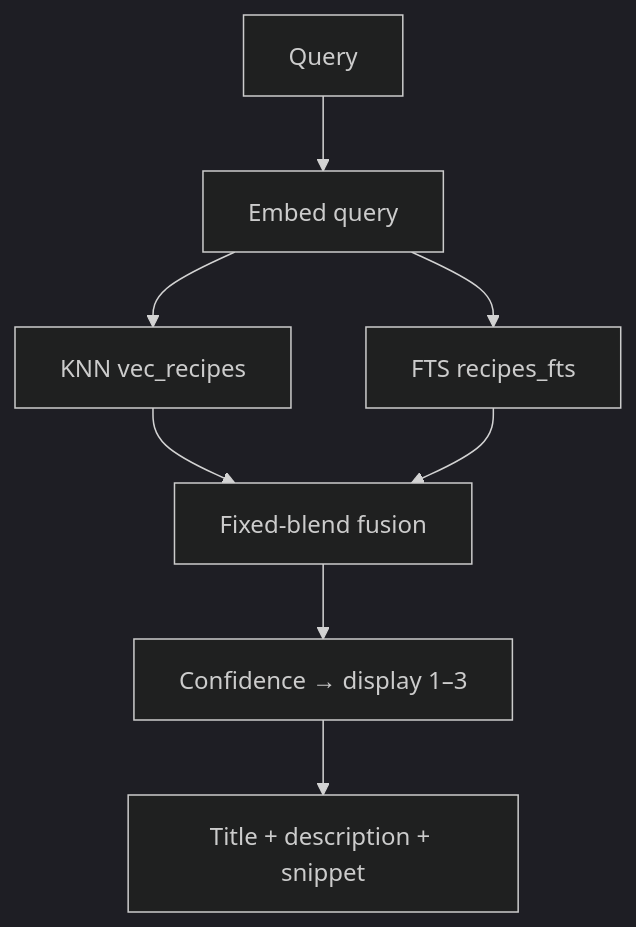
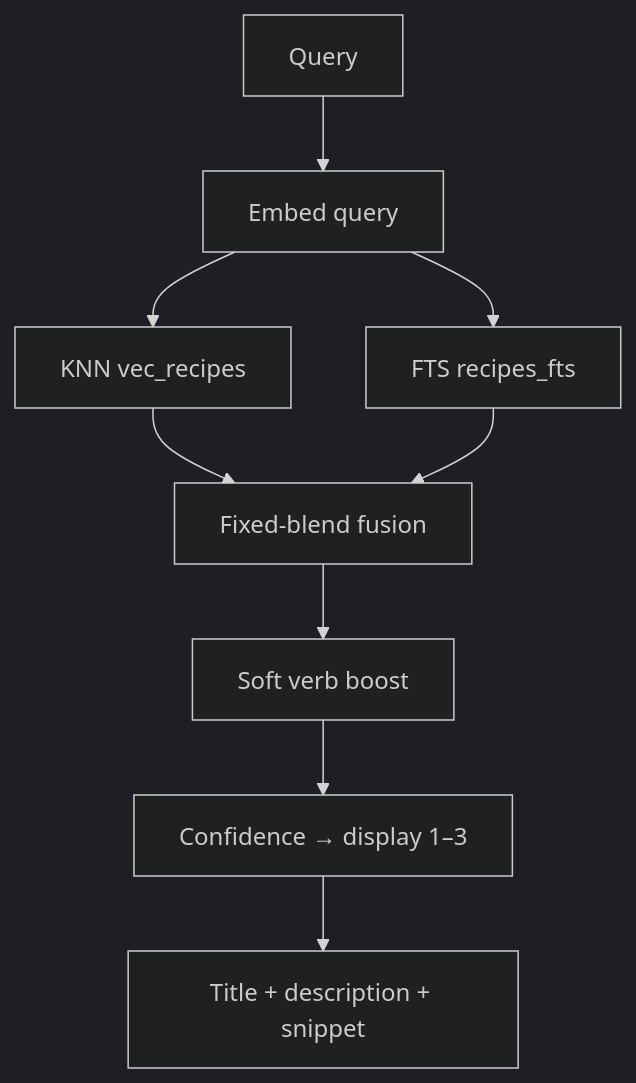
One commit to NuclearManatee/git-grasp changed the diagram in docs/search.md. Above: the diagram before and after it, drawn with Mermaid (dark theme). The commit also changed other lines of this file and 20 other files, not shown here.

````diff
--- a/docs/search.md
+++ b/docs/search.md
@@ -5,16 +5,17 @@
 ```mermaid
 flowchart TB
   Q[Query]
   E[Embed query]
   K[KNN vec_recipes]
   F[FTS recipes_fts]
   X[Fixed-blend fusion]
+  V[Soft verb boost]
   D[Confidence → display 1–3]
   U[Title + description + snippet]
   Q --> E
   E --> K
   E --> F
   K --> X
   F --> X
-  X --> D --> U
+  X --> V --> D --> U
 ```
````
